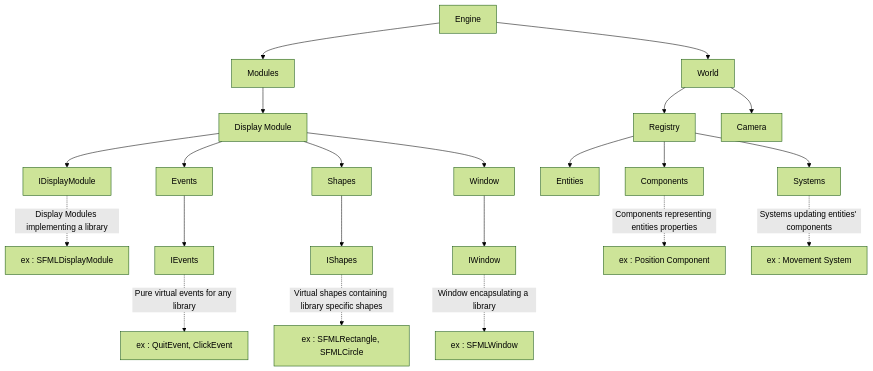
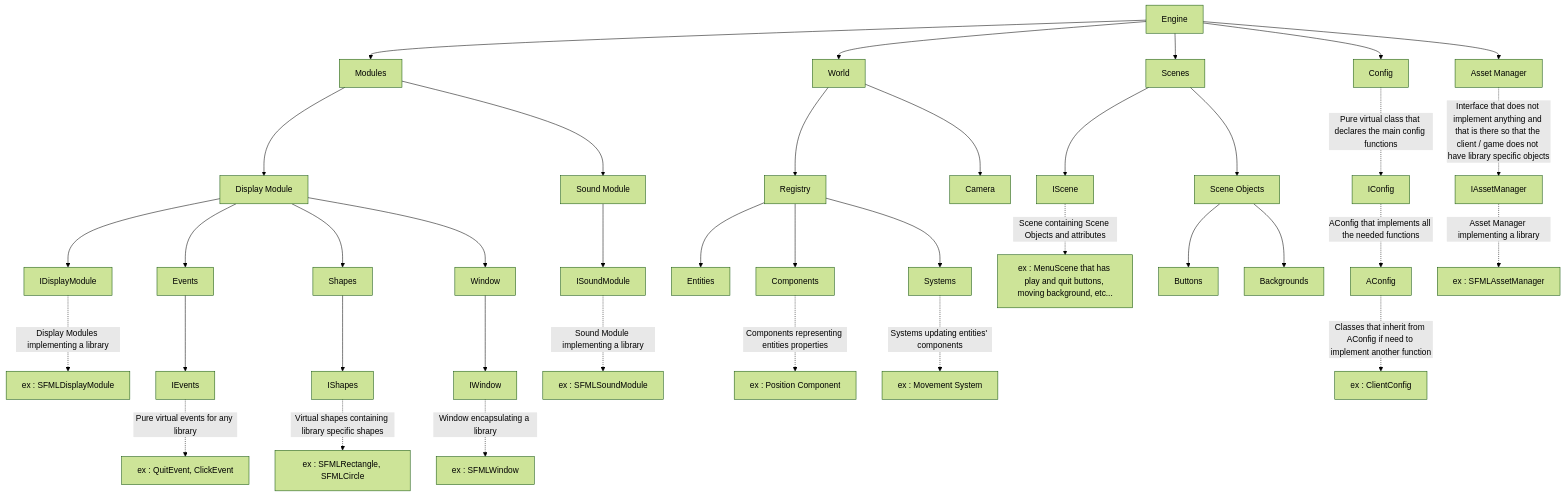
One commit to hugoschool/r-type changed the diagram in docs/engine/architecture.md. Above: the diagram before and after it, drawn with Mermaid (forest theme).

Commit message:
docs: architecture.md update

````diff
--- a/docs/engine/architecture.md
+++ b/docs/engine/architecture.md
@@ -1,51 +1,80 @@
 ```mermaid
 flowchart TD
 
 Eng[Engine]
 
 Eng --> Mod
 Eng --> Wr
+Eng --> Sc
+Eng --> Cf
+Eng --> AM
 
 Mod[Modules] --> DMod
+Mod --> SMod
 
 DMod[Display Module] --> +DMod
 +DMod[IDisplayModule] -. Display Modules implementing a library .-> -DMod
 -DMod[ex : SFMLDisplayModule]
+
+SMod[Sound Module] --> +SMod
++SMod[ISoundModule] -. Sound Module implementing a library .-> -SMod
+-SMod[ex : SFMLSoundModule]
 
 Evt[Events]
 Sh[Shapes]
 Win[Window]
 
 DMod --> Evt --> +Evt
 DMod --> Sh --> +Sh
 DMod --> Win --> +Win
 
 +Evt[IEvents] -. Pure virtual events for any library .-> -Evt
 -Evt[ex : QuitEvent, ClickEvent]
 
 +Sh[IShapes] -. Virtual shapes containing library specific shapes .-> -Sh
 -Sh[ex : SFMLRectangle, SFMLCircle]
 
 +Win[IWindow] -. Window encapsulating a library .-> -Win
 -Win[ex : SFMLWindow]
 
 Ecs[Registry]
 Ent[Entities]
 Comp[Components] -. Components representing entities properties .-> -Comp
 Sys[Systems] -. Systems updating entities' components .-> -Sys
 
 -Comp[ex : Position Component]
 
 -Sys[ex : Movement System]
 
 Ecs --> Ent
 Ecs --> Comp
 Ecs --> Sys
 
 Cam[Camera]
 
 Wr[World]
 
 Wr --> Ecs
 Wr --> Cam
+
+Sc[Scenes] --> +Sc
++Sc[IScene] -. Scene containing Scene Objects and attributes .-> -Sc
+-Sc[ex : MenuScene that has play and quit buttons, moving background, etc...]
+
+Sc --> ScObj
+ScObj --> Btns
+ScObj --> Bckg
+
+ScObj[Scene Objects]
+Btns[Buttons]
+Bckg[Backgrounds]
+
+Cf[Config] -. Pure virtual class that declares the main config functions .-> ++Cf
+++Cf[IConfig] -. AConfig that implements all the needed functions .-> +Cf
++Cf[AConfig] -. Classes that inherit from AConfig if need to implement another function .-> -Cf
+-Cf[ex : ClientConfig]
+
+AM[Asset Manager] -. Interface that does not implement anything and that is there so that the client / game does not have library specific objects .-> +AM
++AM[IAssetManager] -. Asset Manager implementing a library .-> -AM
+-AM[ex : SFMLAssetManager]
 ```
````
